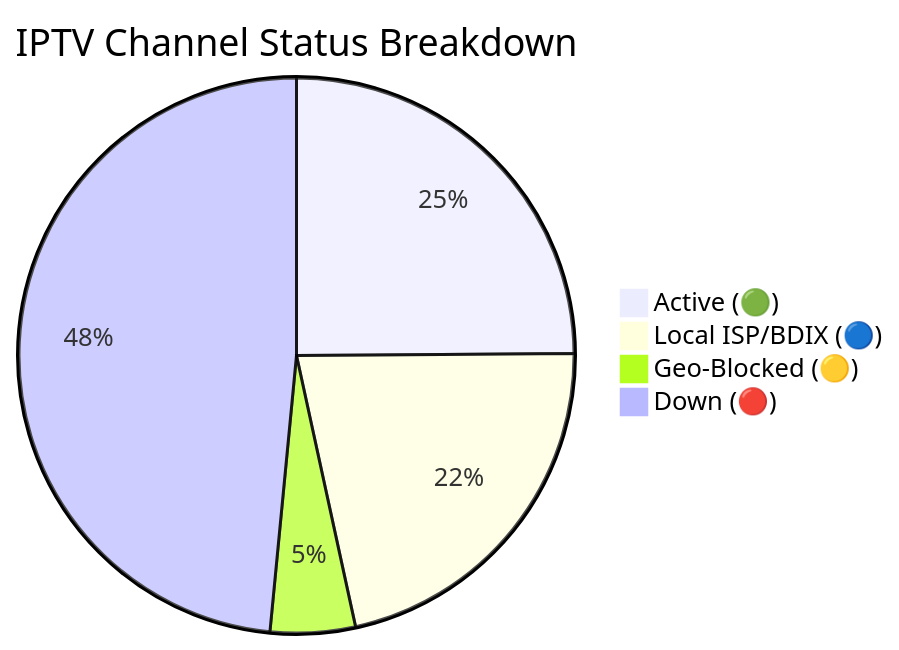
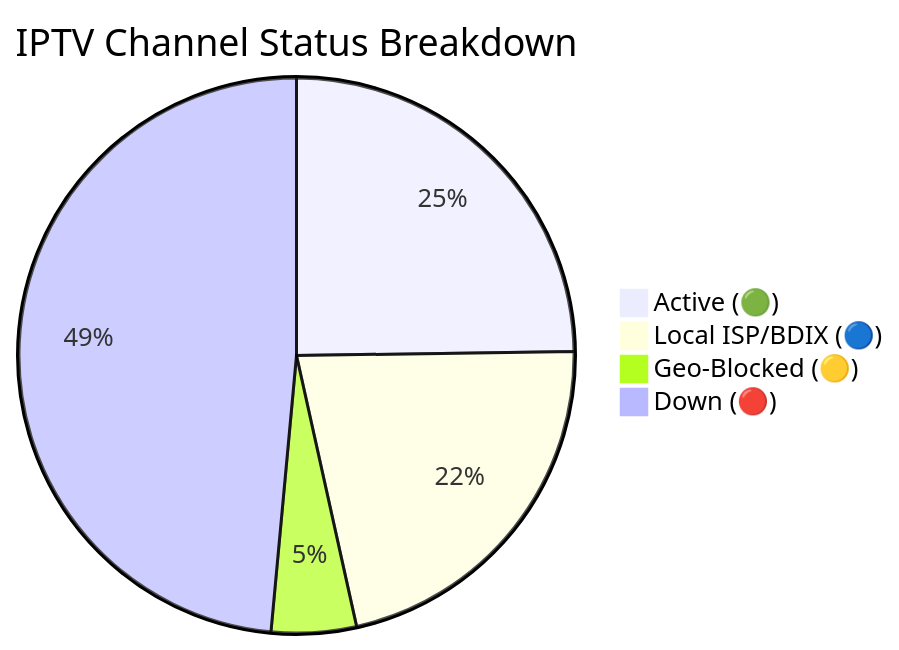
One commit to Zaman-Topu/Ip-tv-Collection changed the diagram in README.md. Above: the diagram before and after it, drawn with Mermaid. The commit also changed other lines of this file and 6 other files, not shown here.

````diff
--- a/README.md
+++ b/README.md
@@ -118,7 +118,7 @@
 ```mermaid
 pie title IPTV Channel Status Breakdown
-    "Active (🟢)" : 10280
+    "Active (🟢)" : 10205
     "Local ISP/BDIX (🔵)" : 8961
-    "Geo-Blocked (🟡)" : 2040
-    "Down (🔴)" : 20021
+    "Geo-Blocked (🟡)" : 2036
+    "Down (🔴)" : 19993
 ```
````
